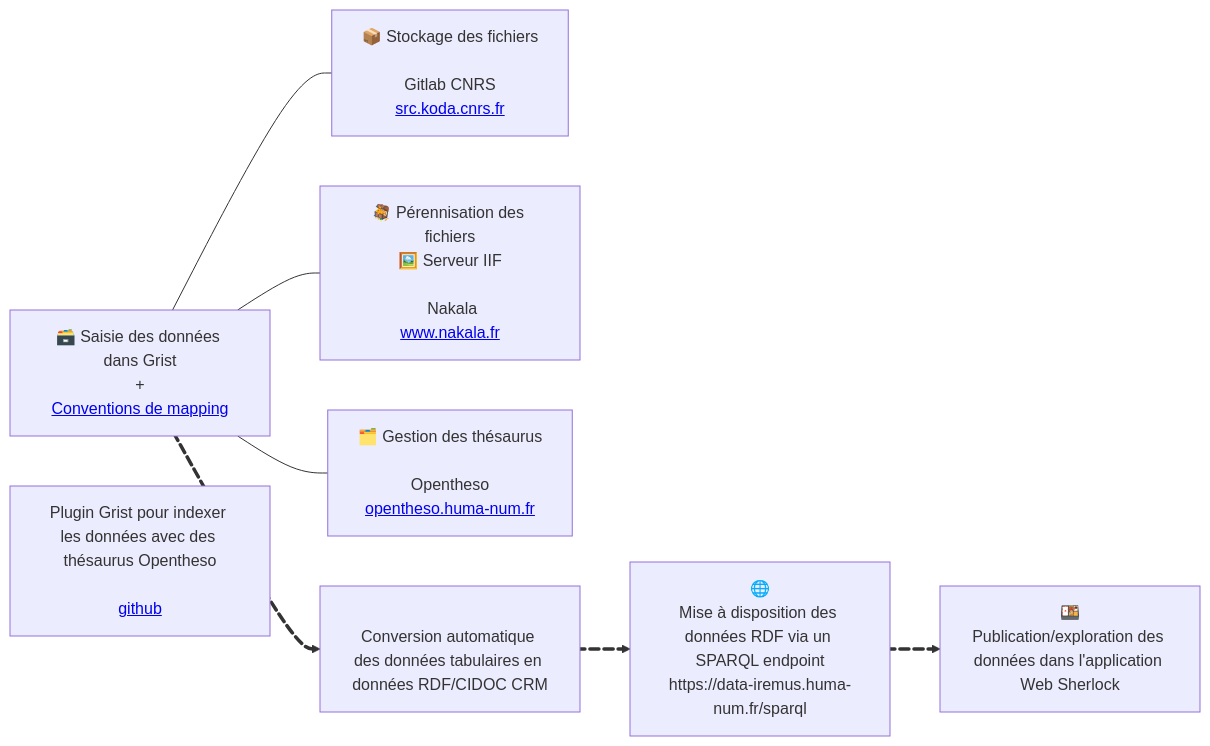
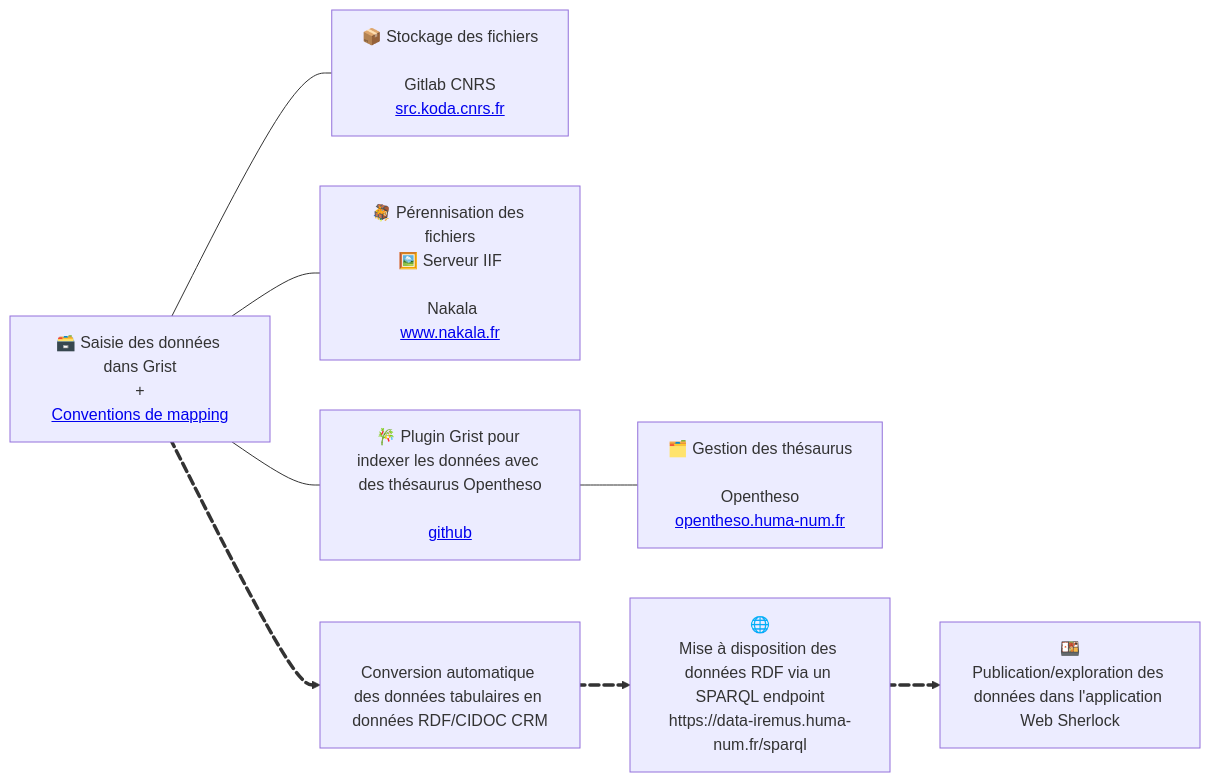
The diagram in README.md (sherlock-iremus/sherlock), drawn with Mermaid before and after one commit.

````diff
--- a/README.md
+++ b/README.md
@@ -48,23 +48,23 @@
 ```mermaid
     flowchart LR
     grist[🗃️ Saisie des données dans Grist<br>+<br><a target="_blank" href="https://github.com/sherlock-iremus/sherlock-grist-to-crm/blob/main/doc/mapping.md">Conventions de mapping</a>]
     koda[📦 Stockage des fichiers<br><br>Gitlab CNRS<br><a target="_blank" href="https://src.koda.cnrs.fr/">src.koda.cnrs.fr</a>]
     nakala[🪎 Pérennisation des fichiers<br>🖼️ Serveur IIF<br><br> Nakala<br><a target="_blank" href="https://www.nakala.fr/">www.nakala.fr</a>]
     hnot[🗂️ Gestion des thésaurus<br><br>Opentheso<br><a target="_blank" href="https://opentheso.huma-num.fr/">opentheso.huma-num.fr</a>]
     scripts[<br>Conversion automatique des données tabulaires en données RDF/CIDOC CRM]
     sparql[🌐<br>Mise à disposition des données RDF via un SPARQL endpoint<br>https://data-iremus.huma-num.fr/sparql]
     sherlock[🍱<br>Publication/exploration des données dans l'application Web Sherlock]
-    gop[Plugin Grist pour indexer les données avec des thésaurus Opentheso<br><br><a target="_blank" href="https://github.com/sherlock-iremus/sherlock-grist-opentheso-plugin">github</a>]
+    gop[🎋 Plugin Grist pour indexer les données avec des thésaurus Opentheso<br><br><a target="_blank" href="https://github.com/sherlock-iremus/sherlock-grist-opentheso-plugin">github</a>]
 
     grist e1@==> scripts
     scripts e2@==> sparql
     sparql e3@==> sherlock
 
     grist---koda
-    grist---hnot
+    grist---gop---hnot
     grist---nakala
 
     e1@{ animate: true }
     e2@{ animate: true }
     e3@{ animate: true }
 ```
````
